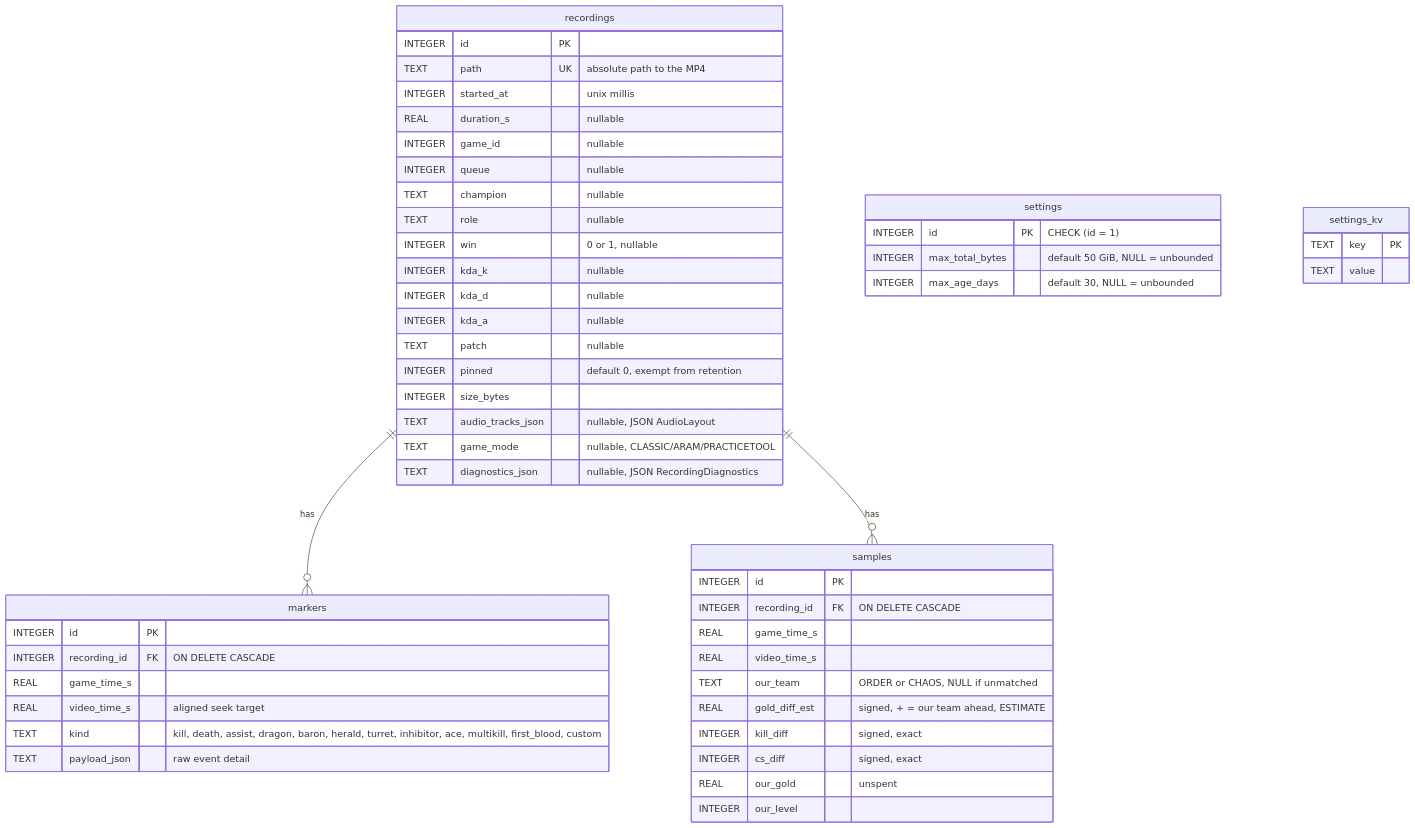
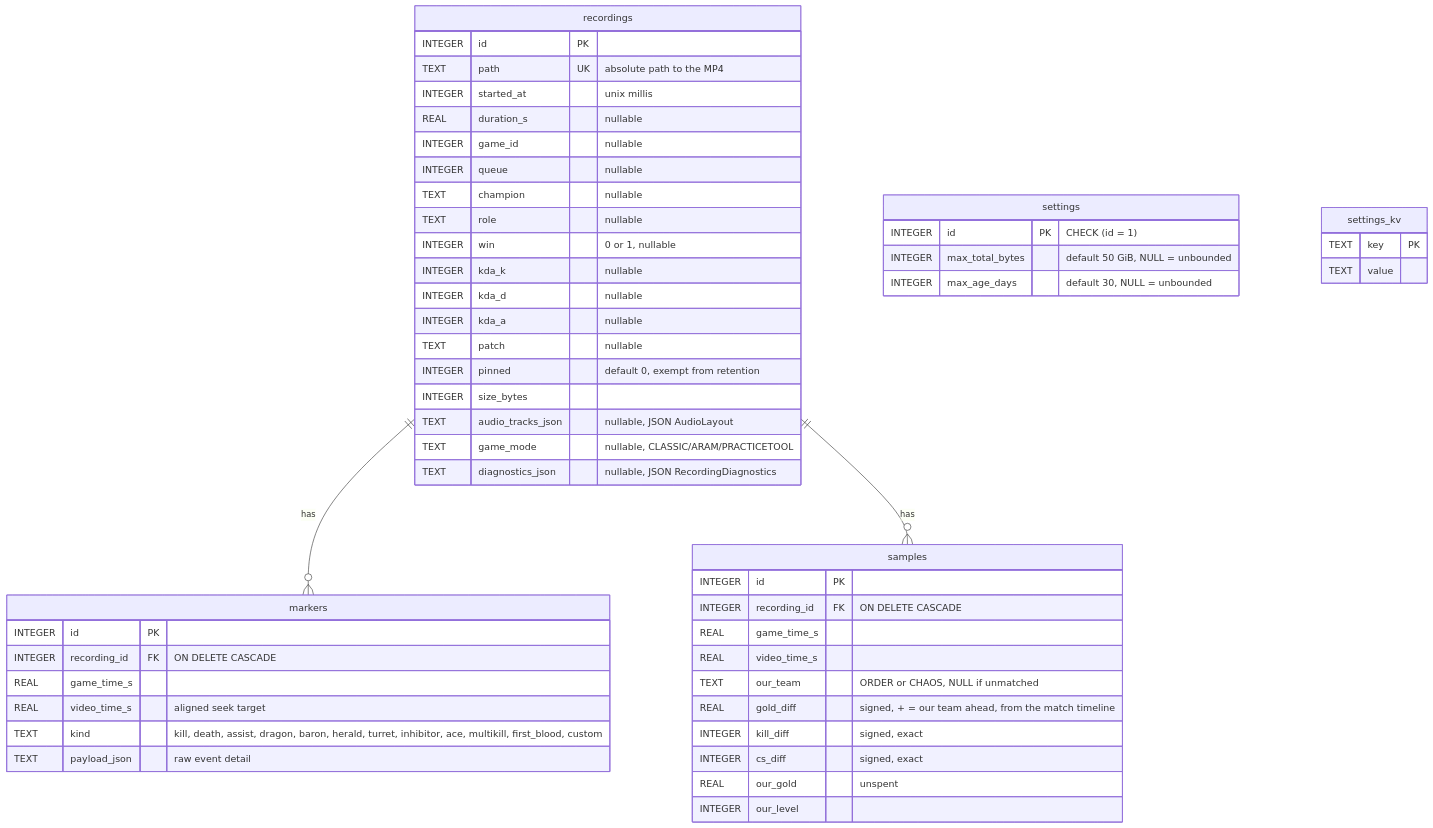
One commit to NinjaGoldfinch/ninja-recorder changed the first of 3 diagrams in docs/data-model.md. Above: the diagram before and after it, drawn with Mermaid. The commit also changed other lines of this file and 13 other files, not shown here.

First line of the commit message:
fix(review): take the gold curve from Riot's accounting, not our estimate

````diff
--- a/docs/data-model.md
+++ b/docs/data-model.md
@@ -15,55 +15,55 @@
 ```mermaid
 erDiagram
     recordings ||--o{ markers : "has"
     recordings ||--o{ samples : "has"
 
     recordings {
         INTEGER id PK
         TEXT    path UK "absolute path to the MP4"
         INTEGER started_at "unix millis"
         REAL    duration_s "nullable"
         INTEGER game_id "nullable"
         INTEGER queue "nullable"
         TEXT    champion "nullable"
         TEXT    role "nullable"
         INTEGER win "0 or 1, nullable"
         INTEGER kda_k "nullable"
         INTEGER kda_d "nullable"
         INTEGER kda_a "nullable"
         TEXT    patch "nullable"
         INTEGER pinned "default 0, exempt from retention"
         INTEGER size_bytes
         TEXT    audio_tracks_json "nullable, JSON AudioLayout"
         TEXT    game_mode "nullable, CLASSIC/ARAM/PRACTICETOOL"
         TEXT    diagnostics_json "nullable, JSON RecordingDiagnostics"
     }
     markers {
         INTEGER id PK
         INTEGER recording_id FK "ON DELETE CASCADE"
         REAL    game_time_s
         REAL    video_time_s "aligned seek target"
         TEXT    kind "kill, death, assist, dragon, baron, herald, turret, inhibitor, ace, multikill, first_blood, custom"
         TEXT    payload_json "raw event detail"
     }
     samples {
         INTEGER id PK
         INTEGER recording_id FK "ON DELETE CASCADE"
         REAL    game_time_s
         REAL    video_time_s
         TEXT    our_team "ORDER or CHAOS, NULL if unmatched"
-        REAL    gold_diff_est "signed, + = our team ahead, ESTIMATE"
+        REAL    gold_diff "signed, + = our team ahead, from the match timeline"
         INTEGER kill_diff "signed, exact"
         INTEGER cs_diff "signed, exact"
         REAL    our_gold "unspent"
         INTEGER our_level
     }
     settings {
         INTEGER id PK "CHECK (id = 1)"
         INTEGER max_total_bytes "default 50 GiB, NULL = unbounded"
         INTEGER max_age_days "default 30, NULL = unbounded"
     }
     settings_kv {
         TEXT key PK
         TEXT value
     }
 ```
````
